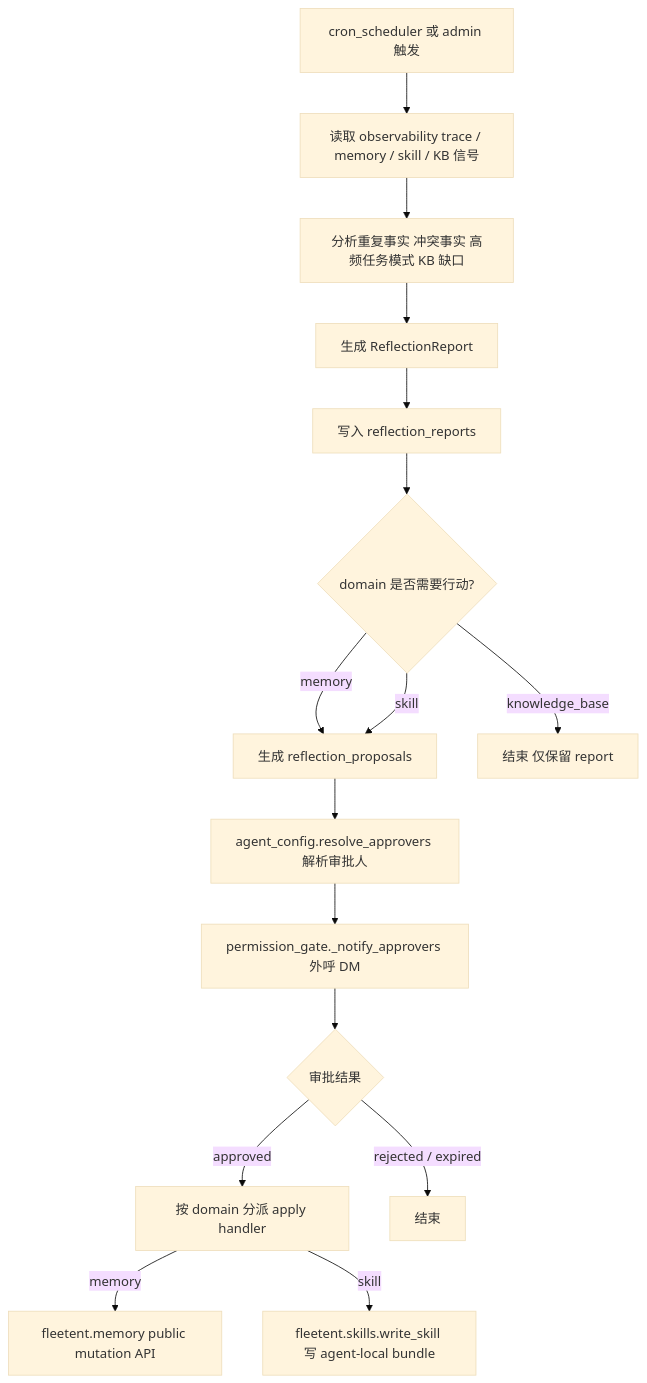
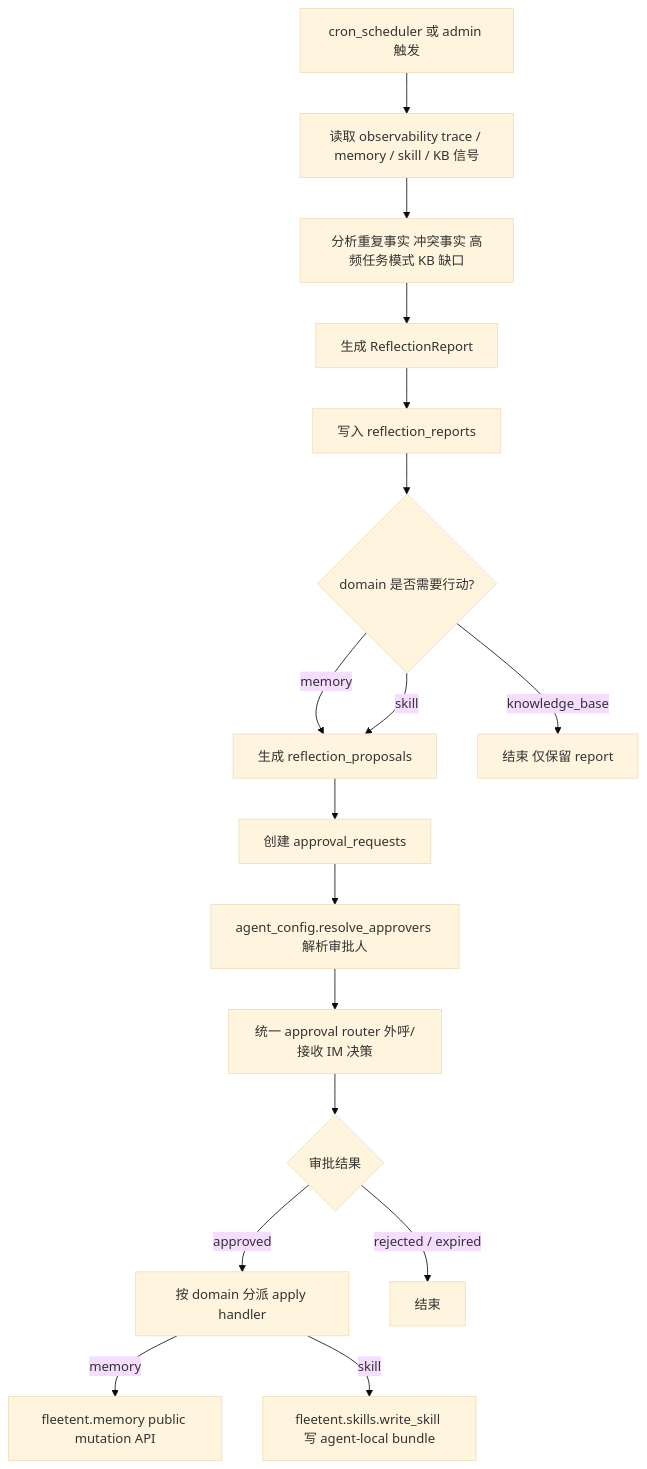
Before and after one commit to Summy2104/fleetent: the diagram in docs/capabilities/reflection.md, drawn with Mermaid (base theme). The commit also changed other lines of this file and 72 other files, not shown here.

````diff
--- a/docs/capabilities/reflection.md
+++ b/docs/capabilities/reflection.md
@@ -35,18 +35,19 @@
 ```mermaid
 flowchart TD
     A[cron_scheduler 或 admin 触发] --> B[读取 observability trace / memory / skill / KB 信号]
     B --> C[分析重复事实 冲突事实 高频任务模式 KB 缺口]
     C --> D[生成 ReflectionReport]
     D --> E[写入 reflection_reports]
     E --> F{domain 是否需要行动?}
     F -->|memory| G[生成 reflection_proposals]
     F -->|skill| G
     F -->|knowledge_base| H[结束 仅保留 report]
-    G --> I[agent_config.resolve_approvers 解析审批人]
-    I --> J[permission_gate._notify_approvers 外呼 DM]
+    G --> H2[创建 approval_requests]
+    H2 --> I[agent_config.resolve_approvers 解析审批人]
+    I --> J[统一 approval router 外呼/接收 IM 决策]
     J --> K{审批结果}
     K -->|approved| L[按 domain 分派 apply handler]
     K -->|rejected / expired| M[结束]
     L -->|memory| N[fleetent.memory public mutation API]
     L -->|skill| O[fleetent.skills.write_skill 写 agent-local bundle]
 ```
````
